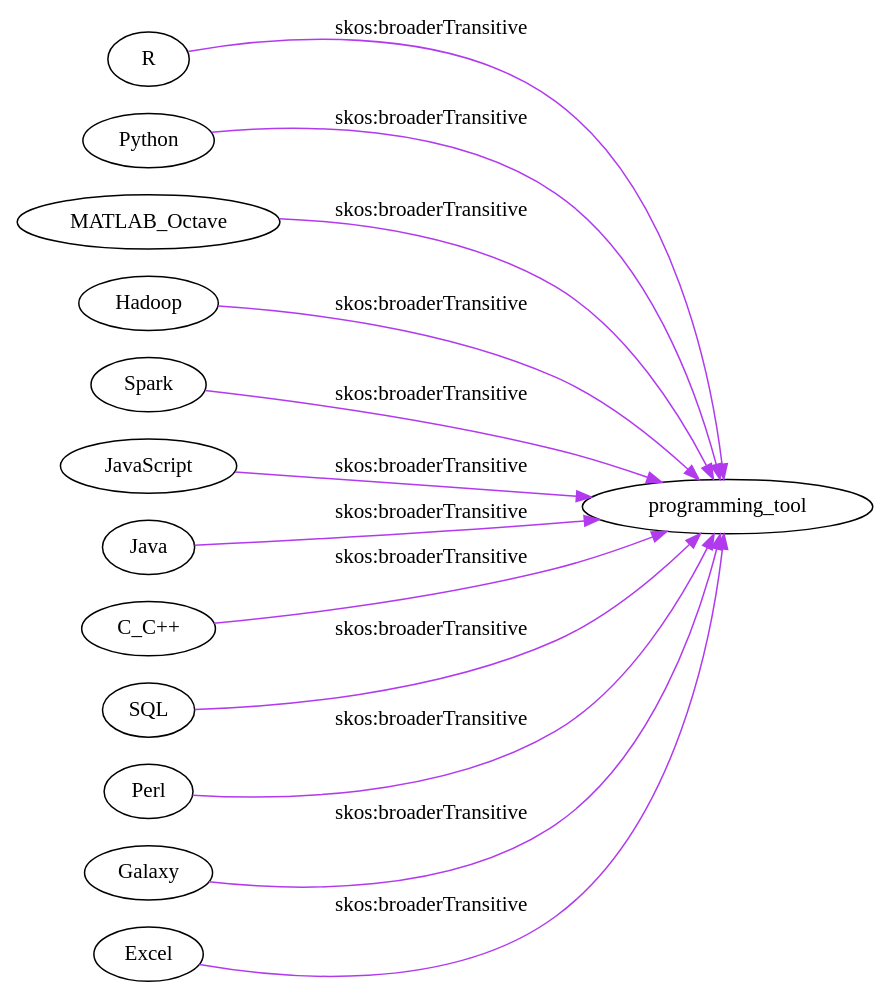
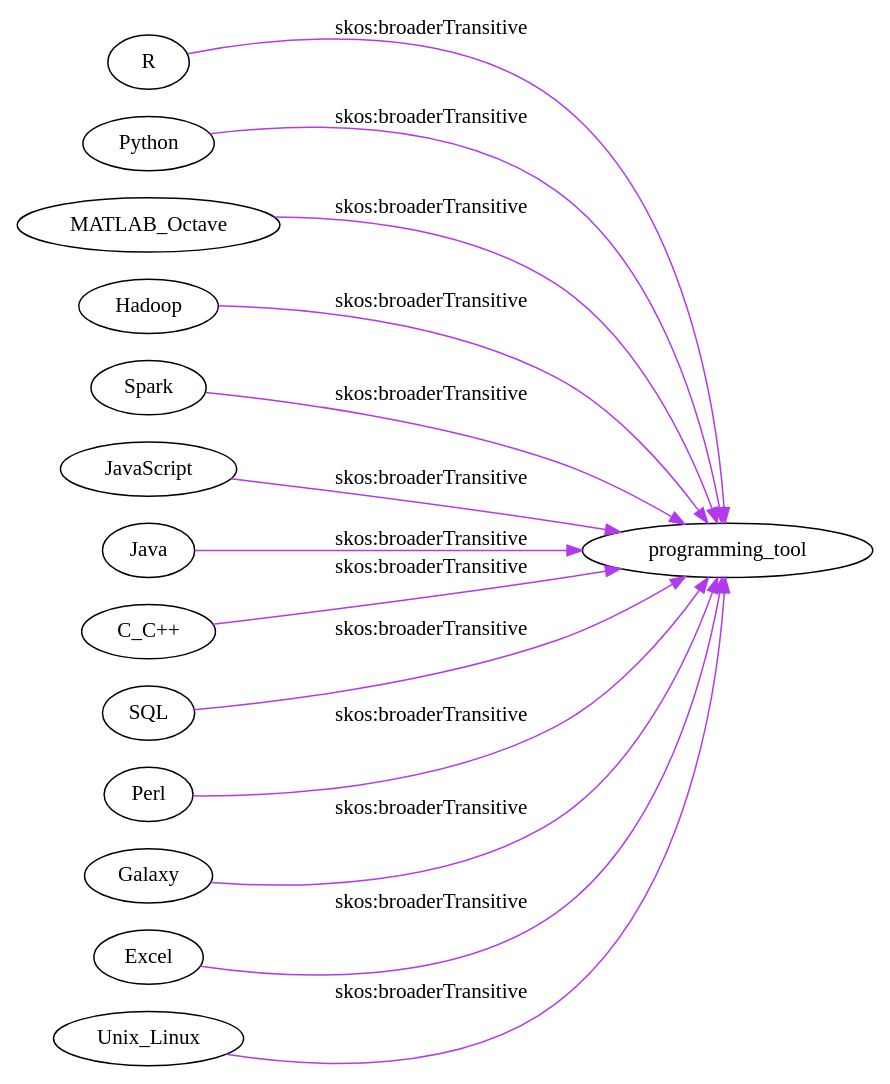
Before and after one commit to bioint/DSEO: the diagram in ontology_files/dot_visualizations/programming_tool.dot, drawn with Graphviz. The commit also changed 3 other files, not shown here.

```diff
--- a/ontology_files/dot_visualizations/programming_tool.dot
+++ b/ontology_files/dot_visualizations/programming_tool.dot
@@ -1,20 +1,21 @@
 digraph {
     rankdir = LR;
     
     R -> programming_tool [color = "darkorchid2", label = "skos:broaderTransitive"]
     Python -> programming_tool [color = "darkorchid2", label = "skos:broaderTransitive"]
     MATLAB_Octave -> programming_tool [color = "darkorchid2", label = "skos:broaderTransitive"]
     Hadoop -> programming_tool [color = "darkorchid2", label = "skos:broaderTransitive"]
     Spark -> programming_tool [color = "darkorchid2", label = "skos:broaderTransitive"]
     JavaScript -> programming_tool [color = "darkorchid2", label = "skos:broaderTransitive"]
     Java -> programming_tool [color = "darkorchid2", label = "skos:broaderTransitive"]
     C -> programming_tool [color = "darkorchid2", label = "skos:broaderTransitive"]
     SQL -> programming_tool [color = "darkorchid2", label = "skos:broaderTransitive"]
     Perl -> programming_tool [color = "darkorchid2", label = "skos:broaderTransitive"]
     Galaxy -> programming_tool [color = "darkorchid2", label = "skos:broaderTransitive"]
     Excel -> programming_tool [color = "darkorchid2", label = "skos:broaderTransitive"]
+    Unix_Linux -> programming_tool [color = "darkorchid2", label = "skos:broaderTransitive"]
     
     C [label = "C_C++"]
     
     {rank=same; R, Python, MATLAB_Octave, Hadoop, Spark, JavaScript, Java, C, SQL, Perl, Galaxy, Excel}
 }
```
